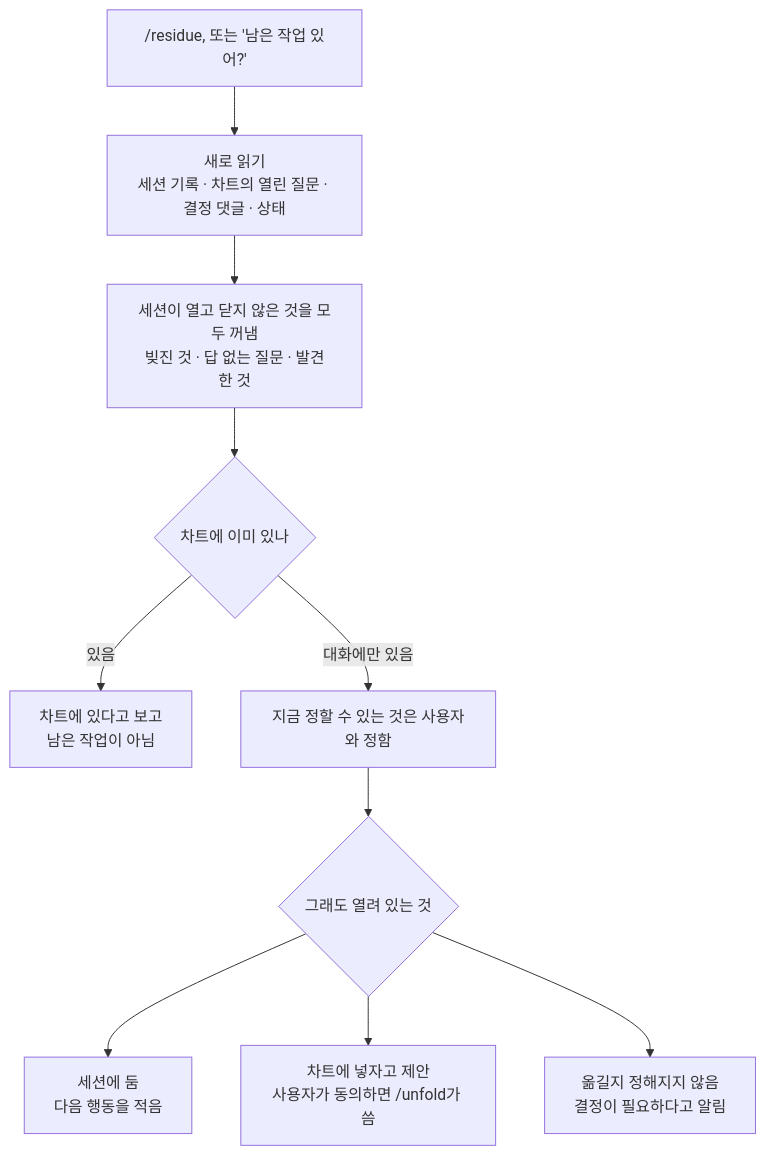
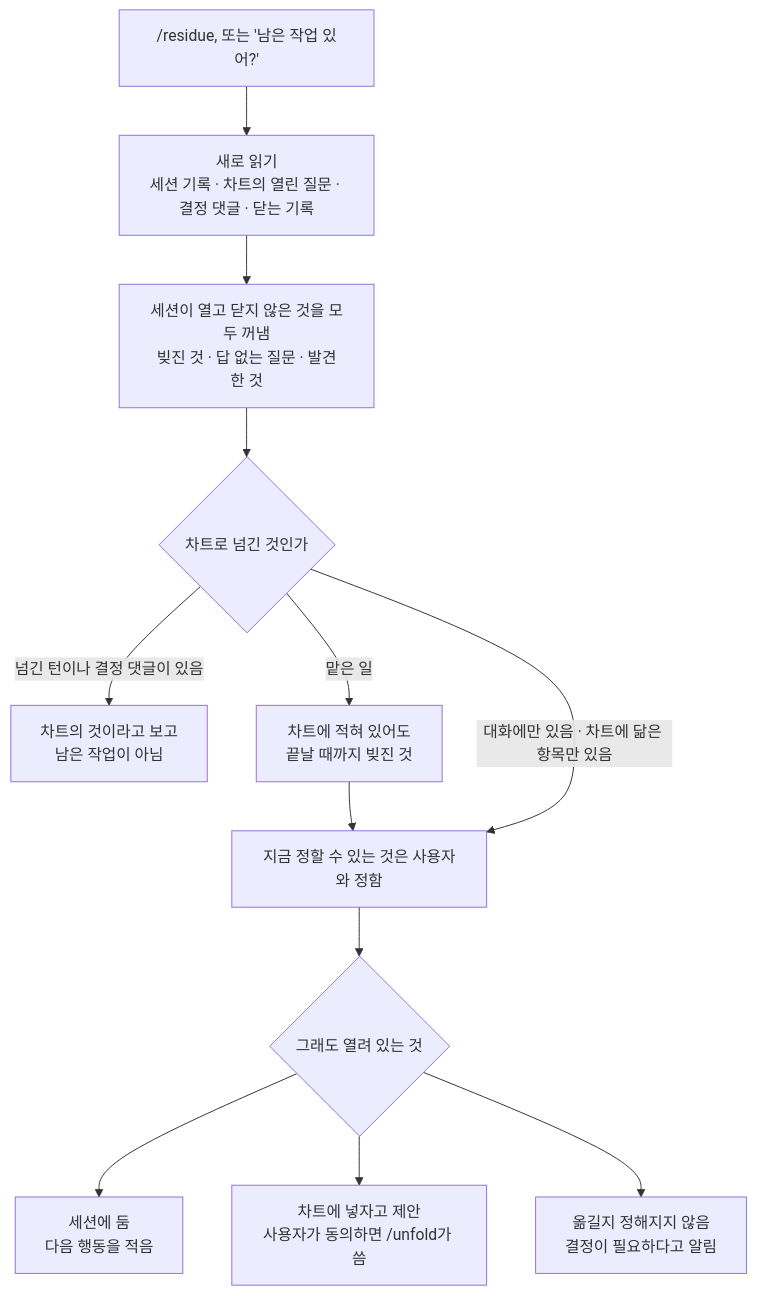
One commit to jongwony/cc-plugin changed the diagram in residue/README.md. Above: the diagram before and after it, drawn with Mermaid. The commit also changed other lines of this file and 2 other files, not shown here.

First paragraph of the commit message:
ROO-249: residue reads a hand-over and a closing note, not chart presence or status
Two checks in the procedure accepted a weaker signal than the decision they
serve.

````diff
--- a/residue/README.md
+++ b/residue/README.md
@@ -9,12 +9,14 @@
 ```mermaid
 flowchart TD
-  A["/residue, 또는 '남은 작업 있어?'"] --> B["새로 읽기<br/>세션 기록 · 차트의 열린 질문 · 결정 댓글 · 상태"]
+  A["/residue, 또는 '남은 작업 있어?'"] --> B["새로 읽기<br/>세션 기록 · 차트의 열린 질문 · 결정 댓글 · 닫는 기록"]
   B --> C["세션이 열고 닫지 않은 것을 모두 꺼냄<br/>빚진 것 · 답 없는 질문 · 발견한 것"]
-  C --> D{"차트에 이미 있나"}
-  D -- "있음" --> E["차트에 있다고 보고<br/>남은 작업이 아님"]
-  D -- "대화에만 있음" --> F["지금 정할 수 있는 것은 사용자와 정함"]
+  C --> D{"차트로 넘긴 것인가"}
+  D -- "넘긴 턴이나 결정 댓글이 있음" --> E["차트의 것이라고 보고<br/>남은 작업이 아님"]
+  D -- "맡은 일" --> K["차트에 적혀 있어도<br/>끝날 때까지 빚진 것"]
+  K --> F
+  D -- "대화에만 있음 · 차트에 닮은 항목만 있음" --> F["지금 정할 수 있는 것은 사용자와 정함"]
   F --> G{"그래도 열려 있는 것"}
   G --> H["세션에 둠<br/>다음 행동을 적음"]
   G --> I["차트에 넣자고 제안<br/>사용자가 동의하면 /unfold가 씀"]
   G --> J["옮길지 정해지지 않음<br/>결정이 필요하다고 알림"]
 ```
````
